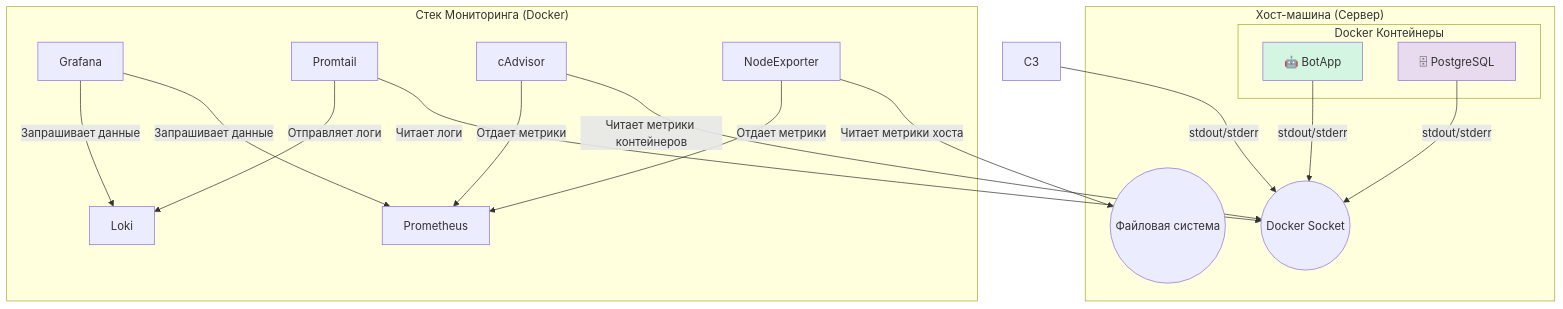
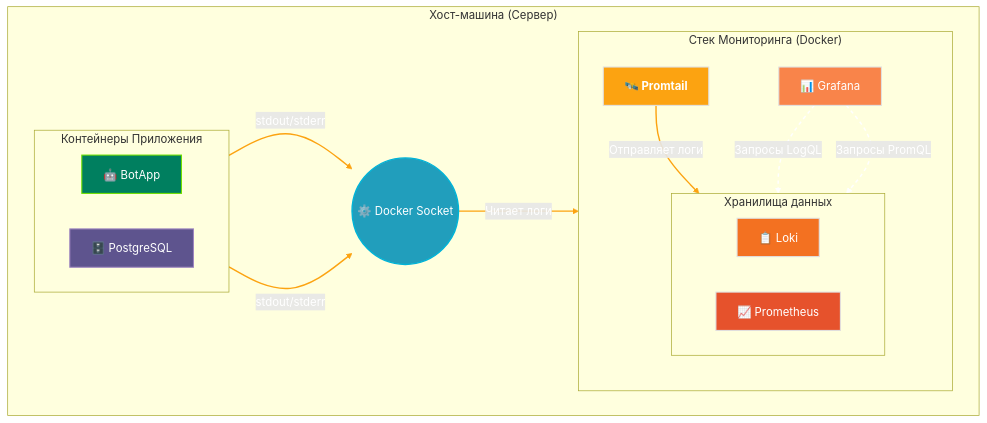
The fourth of 4 diagrams in README.md (mak1ntosh1/RealEstateBot), drawn with Mermaid before and after one commit. The commit also changed other lines of this file, not shown here.

````diff
--- a/README.md
+++ b/README.md
@@ -312,40 +382,58 @@
 ```mermaid
 graph TD
+    %% === 1. Определения стилей для тёмной темы ===
+    classDef appStyle fill:#007f5f,stroke:#70e000,stroke-width:1.5px,color:#fff
+    classDef dbStyle fill:#5e548e,stroke:#9f86c0,stroke-width:1.5px,color:#fff
+    classDef vizStyle fill:#f9844a,stroke:#e0e0e0,stroke-width:1.5px,color:#fff
+    classDef metricStoreStyle fill:#e6522c,stroke:#e0e0e0,stroke-width:1.5px,color:#fff
+    classDef logStoreStyle fill:#f37121,stroke:#e0e0e0,stroke-width:1.5px,color:#fff
+    classDef agentStyle fill:#fca311,stroke:#e0e0e0,stroke-width:1.5px,color:#fff,font-weight:bold
+    classDef interfaceStyle fill:#219ebc,stroke:#00b4d8,stroke-width:2px,color:#fff
+
+    %% === 2. Структура блоков ===
     subgraph "Хост-машина (Сервер)"
-        D_Sock((Docker Socket))
-        FS(("Файловая система"))
-        
-        subgraph "Docker Контейнеры"
+        D_Sock((⚙️ Docker Socket))
+        subgraph "Контейнеры Приложения"
+            direction LR
             C1[🤖 BotApp]
-            C2[🗄 PostgreSQL]
+            C2[🗄️ PostgreSQL]
+        end
+
+        subgraph "Стек Мониторинга (Docker)"
+            direction TB
+            Promtail["🛰️ Promtail"]
+            
+            subgraph "Хранилища данных"
+                direction LR
+                Loki["📋 Loki"]
+                Prometheus["📈 Prometheus"]
+            end
+            
+            Grafana["📊 Grafana"]
         end
     end
+    %% === 3. Потоки данных ===
+    
+    %% Поток логов от контейнеров к Promtail
+    C1 -- "stdout/stderr" --> D_Sock
+    C2 -- "stdout/stderr" --> D_Sock
+    D_Sock -- "Читает логи" --> Promtail
+    Promtail -- "Отправляет логи" --> Loki
 
-    subgraph "Стек Мониторинга (Docker)"
-        Prometheus
-        Loki
-        Grafana
-        Promtail
-        cAdvisor
-        NodeExporter
-    end
+    %% Поток данных в Grafana (правильное направление: Grafana запрашивает данные)
+    Grafana -- "Запросы LogQL" --> Loki
+    Grafana -- "Запросы PromQL" --> Prometheus
+    
+    %% === 4. Применение стилей ===
+    class C1 appStyle
+    class C2 dbStyle
+    class Grafana vizStyle
+    class Prometheus metricStoreStyle
+    class Loki logStoreStyle
+    class Promtail agentStyle
+    class D_Sock interfaceStyle
 
-    C1 -- stdout/stderr --> D_Sock
-    C2 -- stdout/stderr --> D_Sock
-    C3 -- stdout/stderr --> D_Sock
-
-    Promtail -- Читает логи --> D_Sock
-    Promtail -- Отправляет логи --> Loki
-
-    cAdvisor -- Читает метрики контейнеров --> D_Sock
-    cAdvisor -- Отдает метрики --> Prometheus
-
-    NodeExporter -- Читает метрики хоста --> FS
-    NodeExporter -- Отдает метрики --> Prometheus
-    
-    Grafana -- Запрашивает данные --> Prometheus
-    Grafana -- Запрашивает данные --> Loki
-
-    style C1 fill:#D5F5E3
-    style C2 fill:#E8DAEF
+    %% === 5. Стилизация связей ===
+    linkStyle 0,1,2,3 stroke:#fca311,stroke-width:2px,color:#fff
+    linkStyle 4,5 stroke:#fff,stroke-width:2px,stroke-dasharray:5 5,color:#fff
 ```
````
